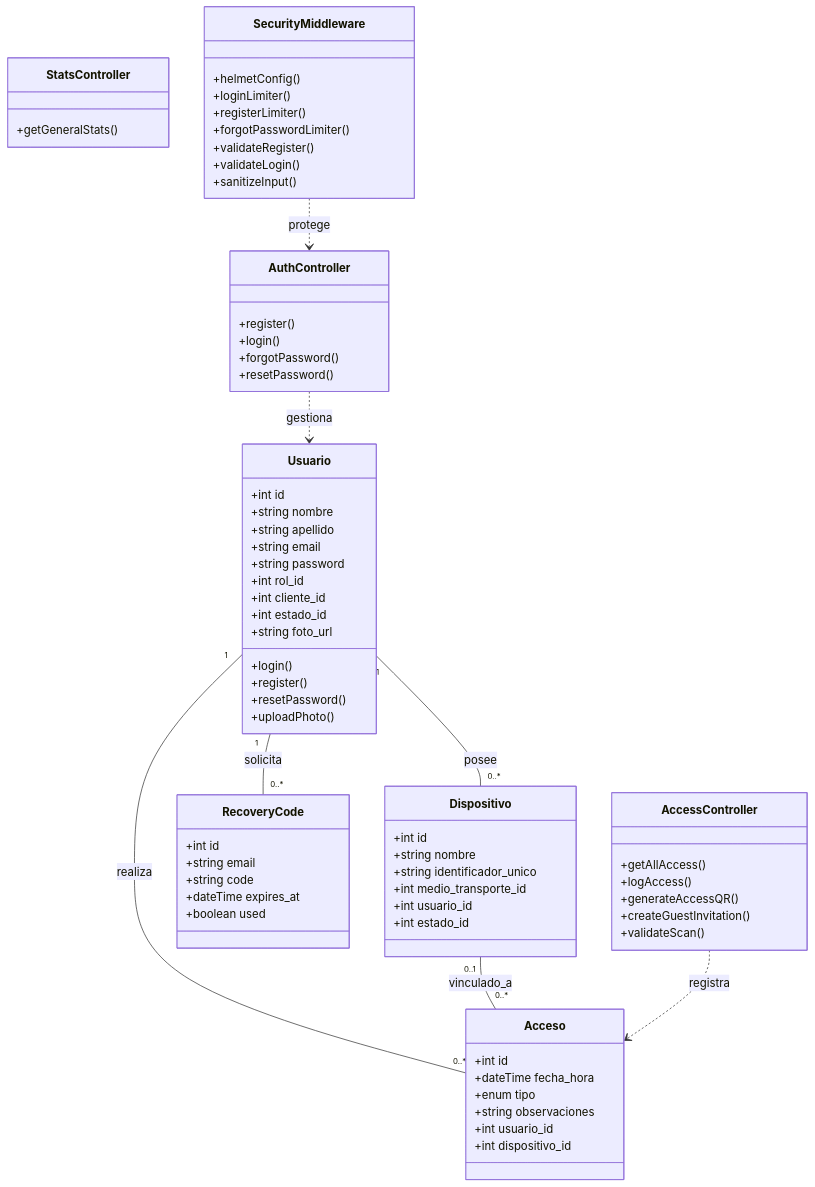
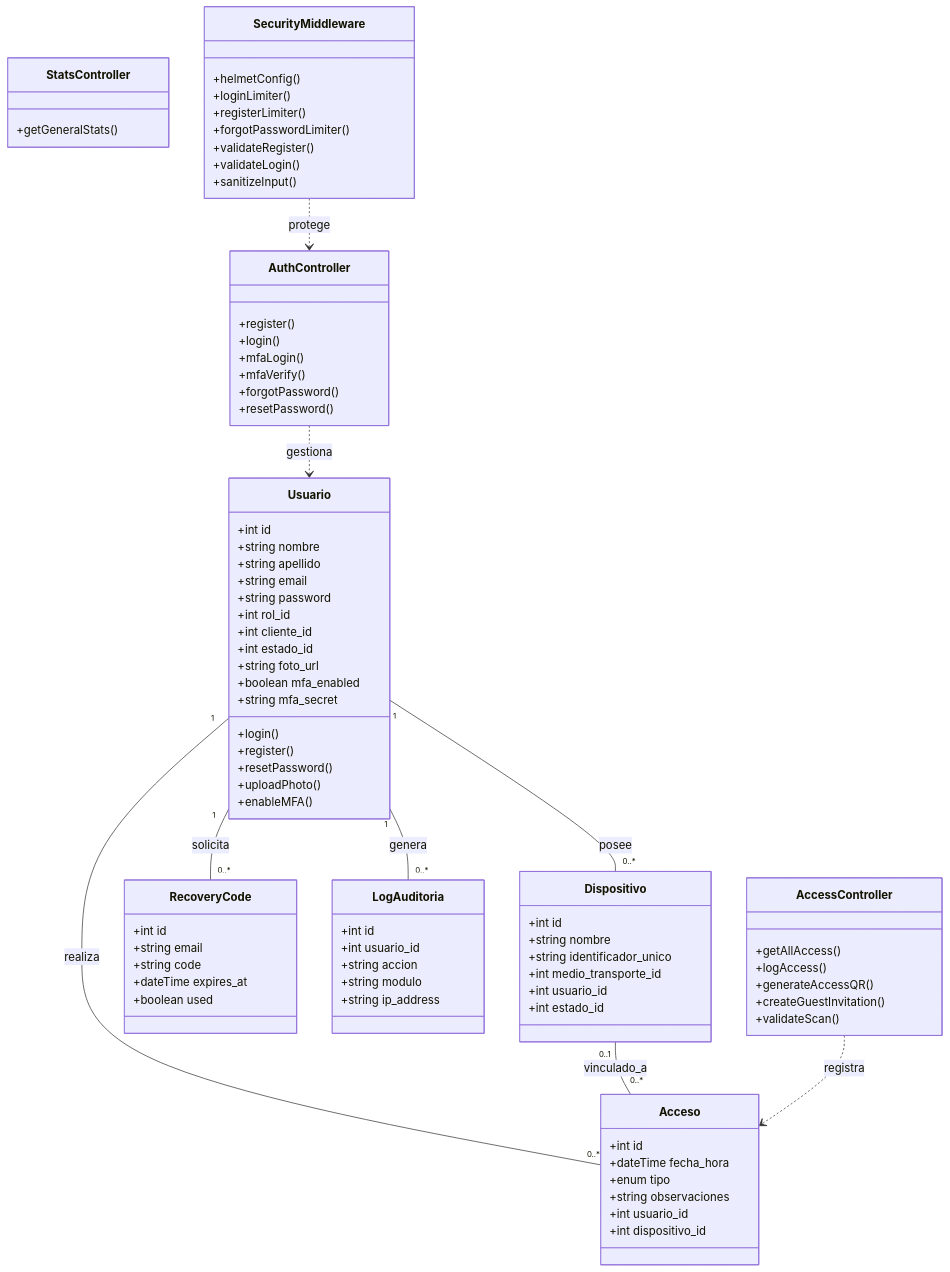
Before and after one commit to islanys31/Passly: the second of 5 diagrams in docs/02_DIAGRAMAS_SISTEMA.md, drawn with Mermaid. The commit also changed other lines of this file and 5 other files, not shown here.

Commit message:
docs: actualizacion final de diagramas y manuales integrando SSL, MFA y Auditoria

```diff
--- a/docs/02_DIAGRAMAS_SISTEMA.md
+++ b/docs/02_DIAGRAMAS_SISTEMA.md
@@ -53,10 +57,13 @@
         +int cliente_id
         +int estado_id
         +string foto_url
+        +boolean mfa_enabled
+        +string mfa_secret
         +login()
         +register()
         +resetPassword()
         +uploadPhoto()
+        +enableMFA()
     }
     class Dispositivo {
         +int id
@@ -81,9 +88,18 @@
         +dateTime expires_at
         +boolean used
     }
+    class LogAuditoria {
+        +int id
+        +int usuario_id
+        +string accion
+        +string modulo
+        +string ip_address
+    }
     class AuthController {
         +register()
         +login()
+        +mfaLogin()
+        +mfaVerify()
         +forgotPassword()
         +resetPassword()
     }
@@ -109,6 +125,7 @@
 
     Usuario "1" -- "0..*" Dispositivo : posee
     Usuario "1" -- "0..*" Acceso : realiza
+    Usuario "1" -- "0..*" LogAuditoria : genera
     Dispositivo "0..1" -- "0..*" Acceso : vinculado_a
     Usuario "1" -- "0..*" RecoveryCode : solicita
     AuthController ..> Usuario : gestiona
```
